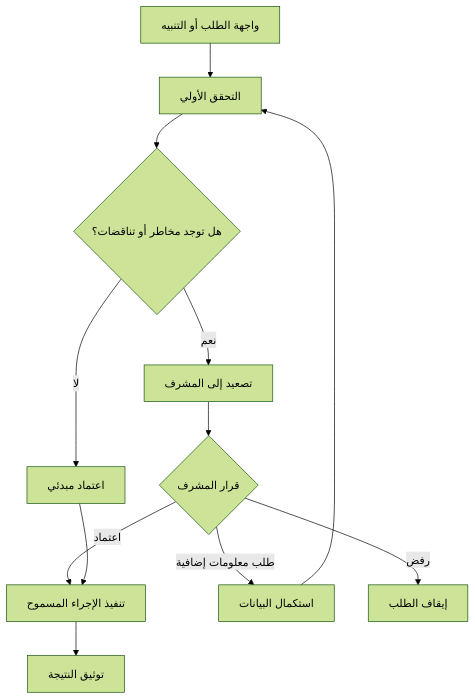
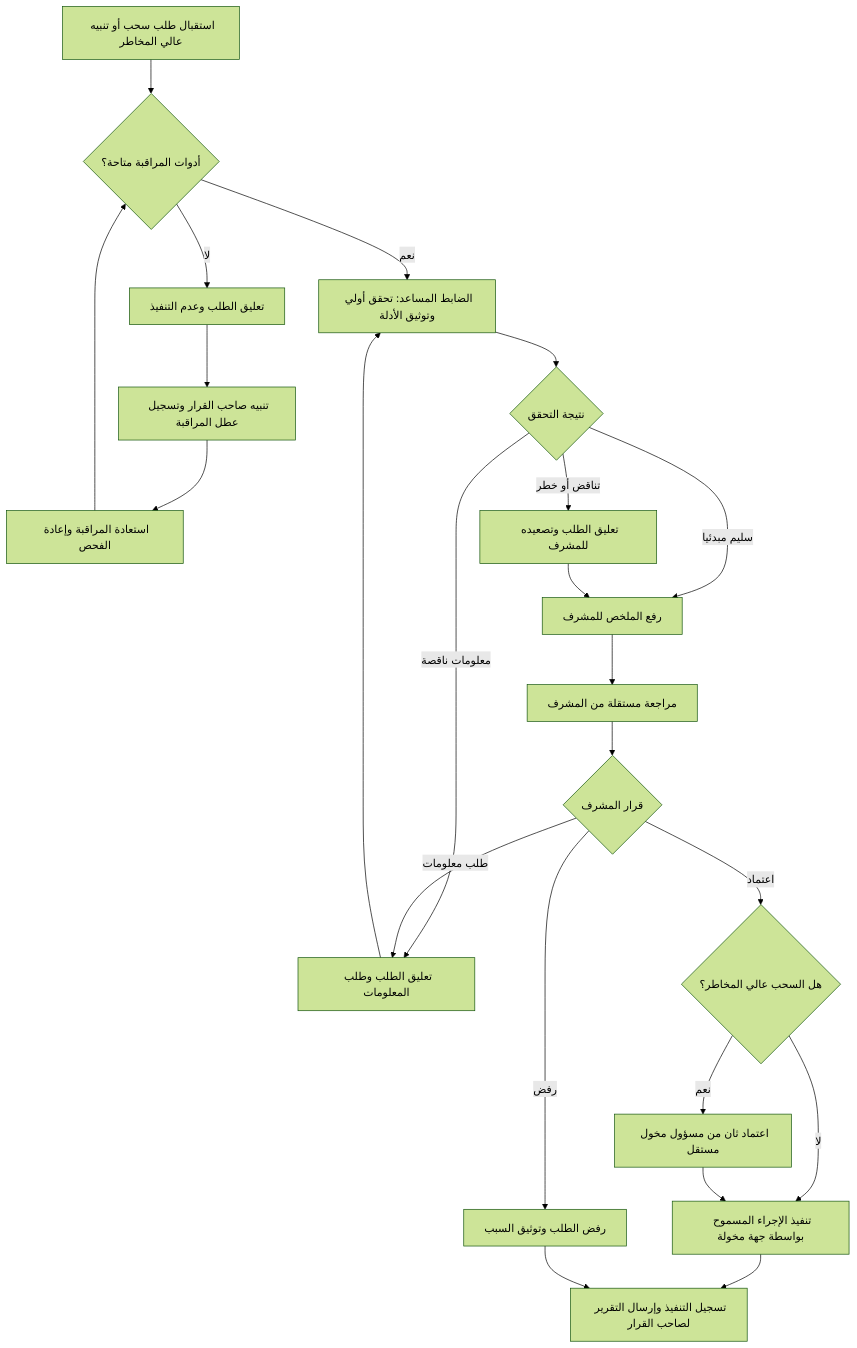
One commit to ox5qmuteb-dotcom/moteb-arabic-arch changed the diagram in README.md. Above: the diagram before and after it, drawn with Mermaid (forest theme). The commit also changed other lines of this file, not shown here.

Commit message:
Document secure withdrawal review controls

````diff
--- a/README.md
+++ b/README.md
@@ -14,14 +7,25 @@
 ```mermaid
 flowchart TD
-    A[واجهة الطلب أو التنبيه] --> B[التحقق الأولي]
-    B --> C{هل توجد مخاطر أو تناقضات؟}
-    C -- نعم --> D[تصعيد إلى المشرف]
-    C -- لا --> E[اعتماد مبدئي]
-    D --> F{قرار المشرف}
-    F -- اعتماد --> G[تنفيذ الإجراء المسموح]
-    F -- طلب معلومات إضافية --> H[استكمال البيانات]
-    F -- رفض --> I[إيقاف الطلب]
-    E --> G
-    H --> B
-    G --> J[توثيق النتيجة]
+    A[استقبال طلب سحب أو تنبيه عالي المخاطر] --> B{أدوات المراقبة متاحة؟}
+    B -- لا --> C[تعليق الطلب وعدم التنفيذ]
+    C --> D[تنبيه صاحب القرار وتسجيل عطل المراقبة]
+    D --> E[استعادة المراقبة وإعادة الفحص]
+    E --> B
+    B -- نعم --> F[الضابط المساعد: تحقق أولي وتوثيق الأدلة]
+    F --> G{نتيجة التحقق}
+    G -- معلومات ناقصة --> H[تعليق الطلب وطلب المعلومات]
+    H --> F
+    G -- تناقض أو خطر --> I[تعليق الطلب وتصعيده للمشرف]
+    G -- سليم مبدئيا --> J[رفع الملخص للمشرف]
+    I --> J
+    J --> K[مراجعة مستقلة من المشرف]
+    K --> L{قرار المشرف}
+    L -- طلب معلومات --> H
+    L -- رفض --> M[رفض الطلب وتوثيق السبب]
+    L -- اعتماد --> N{هل السحب عالي المخاطر؟}
+    N -- لا --> O[تنفيذ الإجراء المسموح بواسطة جهة مخولة]
+    N -- نعم --> P[اعتماد ثان من مسؤول مخول مستقل]
+    P --> O
+    O --> Q[تسجيل التنفيذ وإرسال التقرير لصاحب القرار]
+    M --> Q
 ```
````
